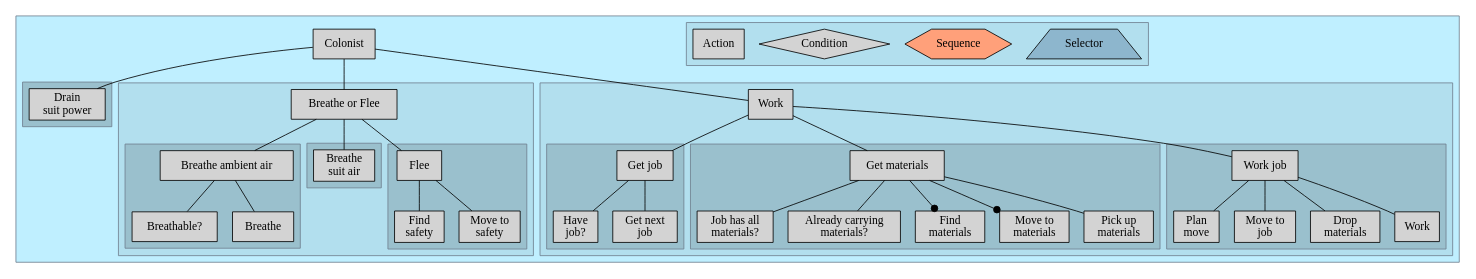
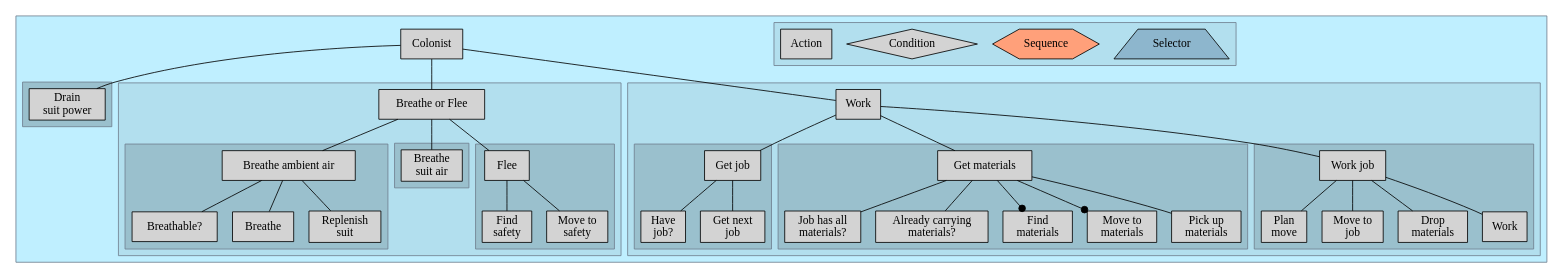
Before and after one commit to Cylindric/Sim: the diagram in Tools/graphs/graph.dot, drawn with Graphviz. The commit also changed 19 other files, not shown here.

```diff
--- a/Tools/graphs/graph.dot
+++ b/Tools/graphs/graph.dot
@@ -1,135 +1,136 @@
 digraph G {
 	node [shape=rectangle,fillcolor=lightgrey,color=black,style=filled];
 	edge [arrowhead=none;color=black];
 	ordering=out;
-	compound=true;
 
 	subgraph cluster_behaviour_tree {
 		style=filled;
 		fillcolor=lightblue1;
 		color=slategrey;
 
 		subgraph worker {	
 			worker [label="Colonist"/*sequence*/];
 
 			worker -> drain_suit;
 			worker -> breathe_or_flee;
 			worker -> work;
 
 			subgraph cluster_drain_suit {
 				style=filled;fillcolor=lightblue3;
 				drain_suit [label="Drain\nsuit power"];
 			}
 
 			subgraph cluster_breathe_or_flee {
 				style=filled;fillcolor=lightblue2;
 				breathe_or_flee [label="Breathe or Flee"/*selector*/];
 
 				breathe_or_flee -> breathe;
 				breathe_or_flee -> breathe_suit;
 				breathe_or_flee -> flee;
 			
 				subgraph cluster_breathe_ambient {
 					style=filled;fillcolor=lightblue3;
 					breathe [label="Breathe ambient air"/*sequence*/];
 					breathable [label="Breathable?"/*condition*/];					
 					do_breathing [label="Breathe"];
+					replenish_suit [label="Replenish\nsuit"];
 					
 					breathe -> breathable;
 					breathe -> do_breathing;
+					breathe -> replenish_suit;
 				}
 								
 				subgraph cluster_breathe_suit {
 					style=filled;fillcolor=lightblue3;
 					breathe_suit [label="Breathe\nsuit air"];
 				}
 				
 
 				subgraph cluster_flee {
 					style=filled;fillcolor=lightblue3;
 					flee [label="Flee"/*sequence*/];
 					find_safety [label="Find\nsafety"];
 					move_to_somewhere_else [label="Move to\nsafety"];
 					
 					flee -> find_safety;
 					flee -> move_to_somewhere_else;
 				}
 			}
 
 			subgraph cluster_work {
 				style=filled;fillcolor=lightblue2;
 				work [label="Work"/*sequence*/];
 				
 				work -> get_job;
 				work -> get_materials;
 				work -> work_job;
 
 				subgraph cluster_get_job {
 					style=filled;fillcolor=lightblue3;
 					get_job [label="Get job"/*selector*/];
 					have_a_job [label="Have\njob?"/*condition*/];
 					get_next_job [label="Get next\njob"];
 
 					get_job -> have_a_job;
 					get_job -> get_next_job;
 				}
 
 				subgraph cluster_get_materials {
 					style=filled;fillcolor=lightblue3;
 					get_materials [label="Get materials"/*selector*/];
 					job_has_materials [label="Job has all\nmaterials?"/*condition*/];
 					am_carrying_materials [label="Already carrying\nmaterials?"/*condition*/];
 					find_materials [label="Find\nmaterials"];
 					move_to_materials [label="Move to\nmaterials"];
 					pickup_materials [label="Pick up\nmaterials"];
 
 					get_materials -> job_has_materials;
 					get_materials -> am_carrying_materials;
 					get_materials -> find_materials [arrowhead=dot];
 					get_materials -> move_to_materials [arrowhead=dot];
 					get_materials -> pickup_materials;
 				}
 
 				subgraph cluster_work_job {
 					style=filled;fillcolor=lightblue3;
 					work_job [label="Work job"/*sequence*/];
 					setup_move_to_job [label="Plan\nmove"];
 					move_to_job [label="Move to\njob"];
 					drop_stock [label="Drop\nmaterials"];
 					do_work [label="Work"];
 
 					work_job -> setup_move_to_job;
 					work_job -> move_to_job;
 					work_job -> drop_stock;
 					work_job -> do_work;
 				}
 			}
 		}
 
 
 
 
 		subgraph cluster_key {
 			style=filled;fillcolor=lightblue2;
 
 			subgraph selectors {
 				node [shape=trapezium,style="filled",fillcolor=lightskyblue3];
 				key_selector [label="Selector"];
 			}
 
 			subgraph sequences {
 				node [shape=hexagon,fillcolor=lightsalmon1,style=filled];
 				key_sequence [label="Sequence"];
 			}
 
 			subgraph conditions {
 				node [shape=diamond];
 				key_condiion [label="Condition"];
 			}
 
 			subgraph actions {
 				key_action [label="Action"];
 			}
 		}
 	}
 }
```
